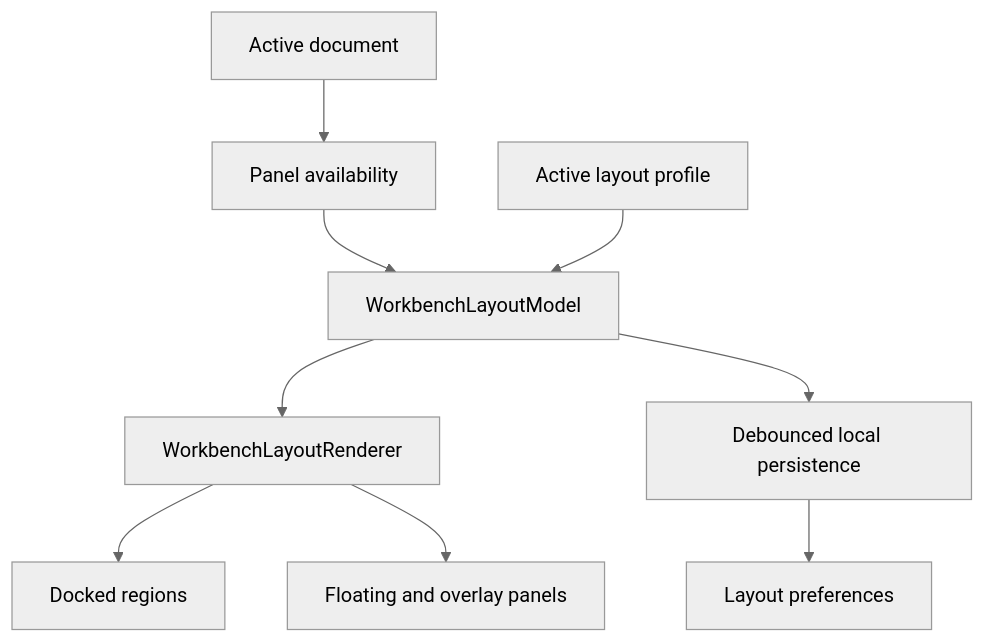
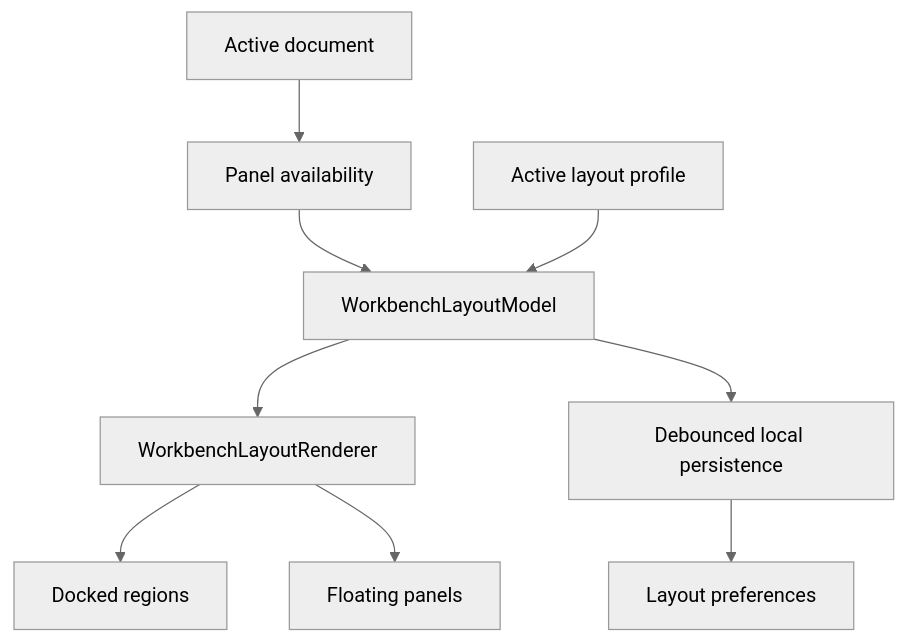
The first of 3 diagrams in docs/plans/02-workbench-layout-and-panel-system.md (relgeo/flutter), drawn with Mermaid (neutral theme) before and after one commit. The commit also changed other lines of this file and 52 other files, not shown here.

````diff
--- a/docs/plans/02-workbench-layout-and-panel-system.md
+++ b/docs/plans/02-workbench-layout-and-panel-system.md
@@ -148,11 +194,11 @@
 ```mermaid
 flowchart TD
   document["Active document"] --> availability["Panel availability"]
   availability --> layout["WorkbenchLayoutModel"]
   profile["Active layout profile"] --> layout
   layout --> renderer["WorkbenchLayoutRenderer"]
   renderer --> docked["Docked regions"]
-  renderer --> floating["Floating and overlay panels"]
+  renderer --> floating["Floating panels"]
   layout --> persistence["Debounced local persistence"]
   persistence --> preferences["Layout preferences"]
 ```
````
